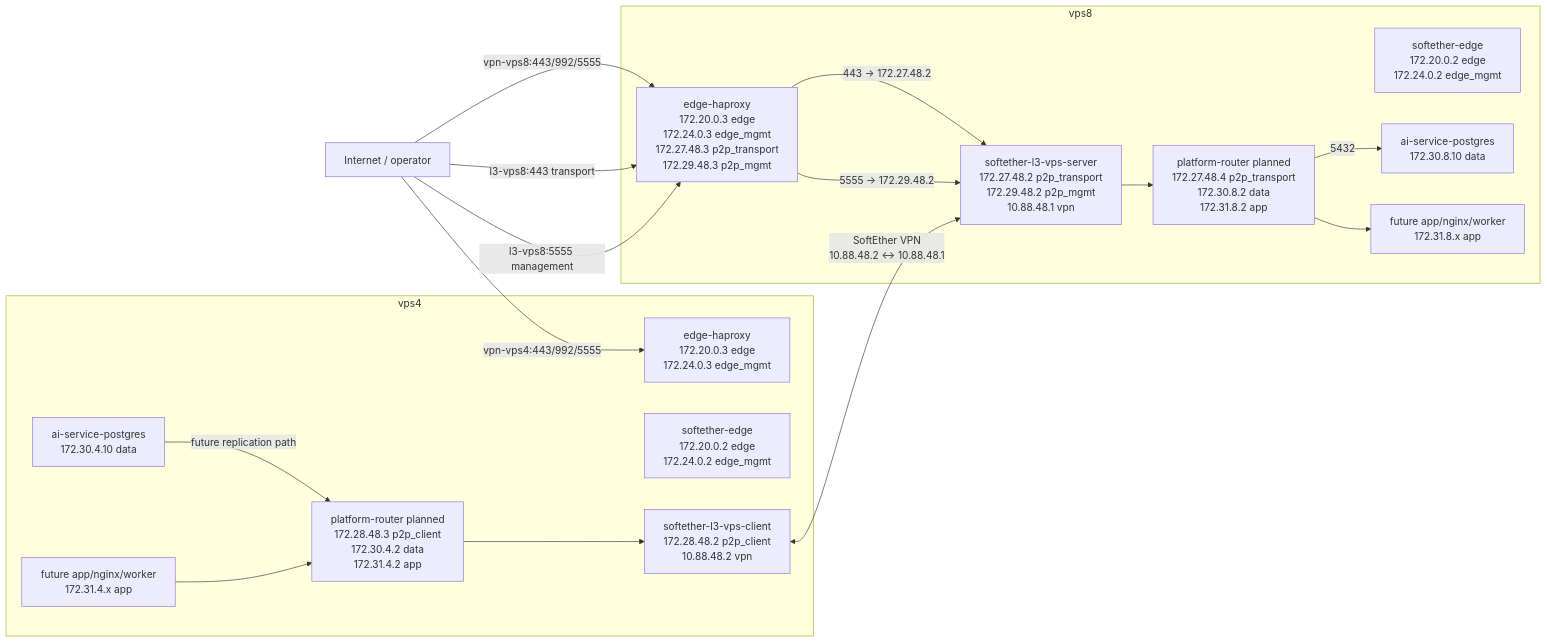
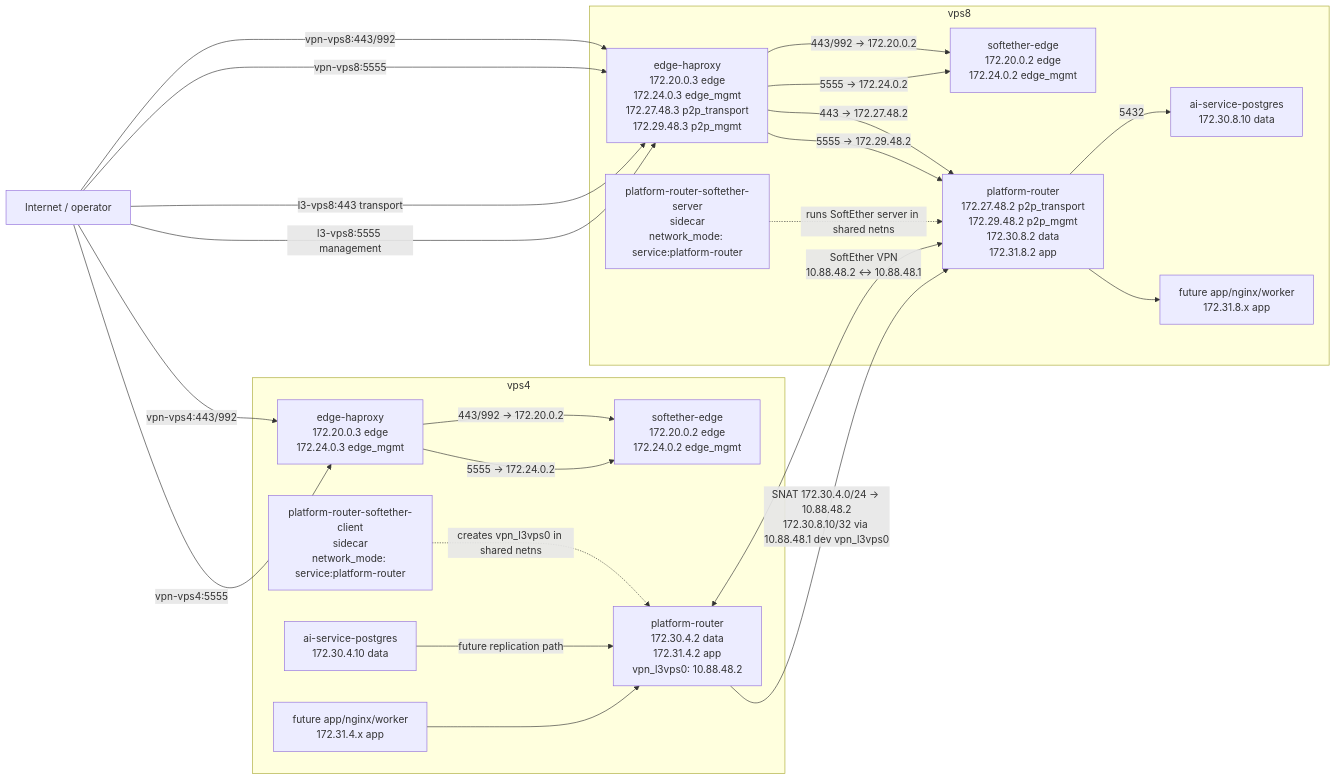
The diagram in docs/VPS4_VPS8_NETWORK_SCHEME.md (airiga1897/AI_Service_Platform), drawn with Mermaid before and after one commit. The commit also changed other lines of this file and 21 other files, not shown here.

````diff
--- a/docs/VPS4_VPS8_NETWORK_SCHEME.md
+++ b/docs/VPS4_VPS8_NETWORK_SCHEME.md
@@ -6,43 +14,51 @@
 ```mermaid
 flowchart LR
   subgraph V4["vps4"]
     V4_EH["edge-haproxy<br/>172.20.0.3 edge<br/>172.24.0.3 edge_mgmt"]
     V4_SE["softether-edge<br/>172.20.0.2 edge<br/>172.24.0.2 edge_mgmt"]
 
     V4_PG["ai-service-postgres<br/>172.30.4.10 data"]
     V4_APP["future app/nginx/worker<br/>172.31.4.x app"]
 
-    V4_PR["platform-router planned<br/>172.28.48.3 p2p_client<br/>172.30.4.2 data<br/>172.31.4.2 app"]
-    V4_P2P["softether-l3-vps-client<br/>172.28.48.2 p2p_client<br/>10.88.48.2 vpn"]
+    V4_PR["platform-router<br/>172.30.4.2 data<br/>172.31.4.2 app<br/>vpn_l3vps0: 10.88.48.2"]
+    V4_P2P["platform-router-softether-client<br/>sidecar<br/>network_mode: service:platform-router"]
   end
 
   subgraph V8["vps8"]
     V8_EH["edge-haproxy<br/>172.20.0.3 edge<br/>172.24.0.3 edge_mgmt<br/>172.27.48.3 p2p_transport<br/>172.29.48.3 p2p_mgmt"]
     V8_SE["softether-edge<br/>172.20.0.2 edge<br/>172.24.0.2 edge_mgmt"]
 
-    V8_P2P["softether-l3-vps-server<br/>172.27.48.2 p2p_transport<br/>172.29.48.2 p2p_mgmt<br/>10.88.48.1 vpn"]
-    V8_PR["platform-router planned<br/>172.27.48.4 p2p_transport<br/>172.30.8.2 data<br/>172.31.8.2 app"]
+    V8_P2P["platform-router-softether-server<br/>sidecar<br/>network_mode: service:platform-router"]
+    V8_PR["platform-router<br/>172.27.48.2 p2p_transport<br/>172.29.48.2 p2p_mgmt<br/>172.30.8.2 data<br/>172.31.8.2 app"]
 
     V8_PG["ai-service-postgres<br/>172.30.8.10 data"]
     V8_APP["future app/nginx/worker<br/>172.31.8.x app"]
   end
 
   Internet["Internet / operator"]
-  Internet -->|"vpn-vps4:443/992/5555"| V4_EH
-  Internet -->|"vpn-vps8:443/992/5555"| V8_EH
+  Internet -->|"vpn-vps4:443/992"| V4_EH
+  V4_EH -->|"443/992 -> 172.20.0.2"| V4_SE
+  Internet -->|"vpn-vps4:5555"| V4_EH
+  V4_EH -->|"5555 -> 172.24.0.2"| V4_SE
+
+  Internet -->|"vpn-vps8:443/992"| V8_EH
+  V8_EH -->|"443/992 -> 172.20.0.2"| V8_SE
+  Internet -->|"vpn-vps8:5555"| V8_EH
+  V8_EH -->|"5555 -> 172.24.0.2"| V8_SE
+
   Internet -->|"l3-vps8:443 transport"| V8_EH
   Internet -->|"l3-vps8:5555 management"| V8_EH
 
-  V8_EH -->|"443 -> 172.27.48.2"| V8_P2P
-  V8_EH -->|"5555 -> 172.29.48.2"| V8_P2P
+  V8_EH -->|"443 -> 172.27.48.2"| V8_PR
+  V8_EH -->|"5555 -> 172.29.48.2"| V8_PR
 
-  V4_P2P <-->|"SoftEther VPN<br/>10.88.48.2 <-> 10.88.48.1"| V8_P2P
+  V4_P2P -. "creates vpn_l3vps0 in shared netns" .-> V4_PR
+  V8_P2P -. "runs SoftEther server in shared netns" .-> V8_PR
+  V4_PR <-->|"SoftEther VPN<br/>10.88.48.2 <-> 10.88.48.1"| V8_PR
 
   V4_PG -->|"future replication path"| V4_PR
   V4_APP --> V4_PR
-  V4_PR --> V4_P2P
-
-  V8_P2P --> V8_PR
+  V4_PR -->|"SNAT 172.30.4.0/24 -> 10.88.48.2<br/>172.30.8.10/32 via 10.88.48.1 dev vpn_l3vps0"| V8_PR
   V8_PR -->|"5432"| V8_PG
   V8_PR --> V8_APP
 ```
````
